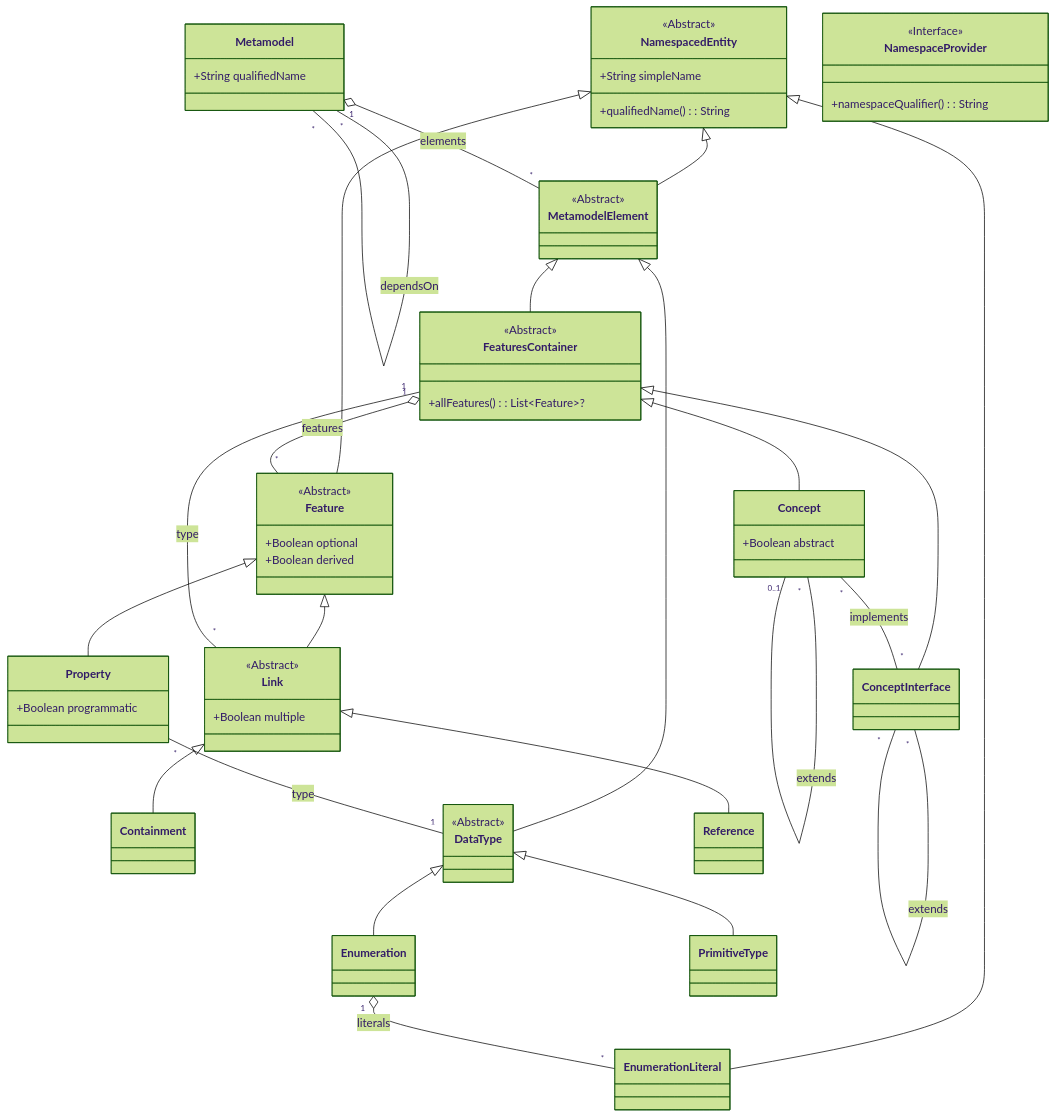
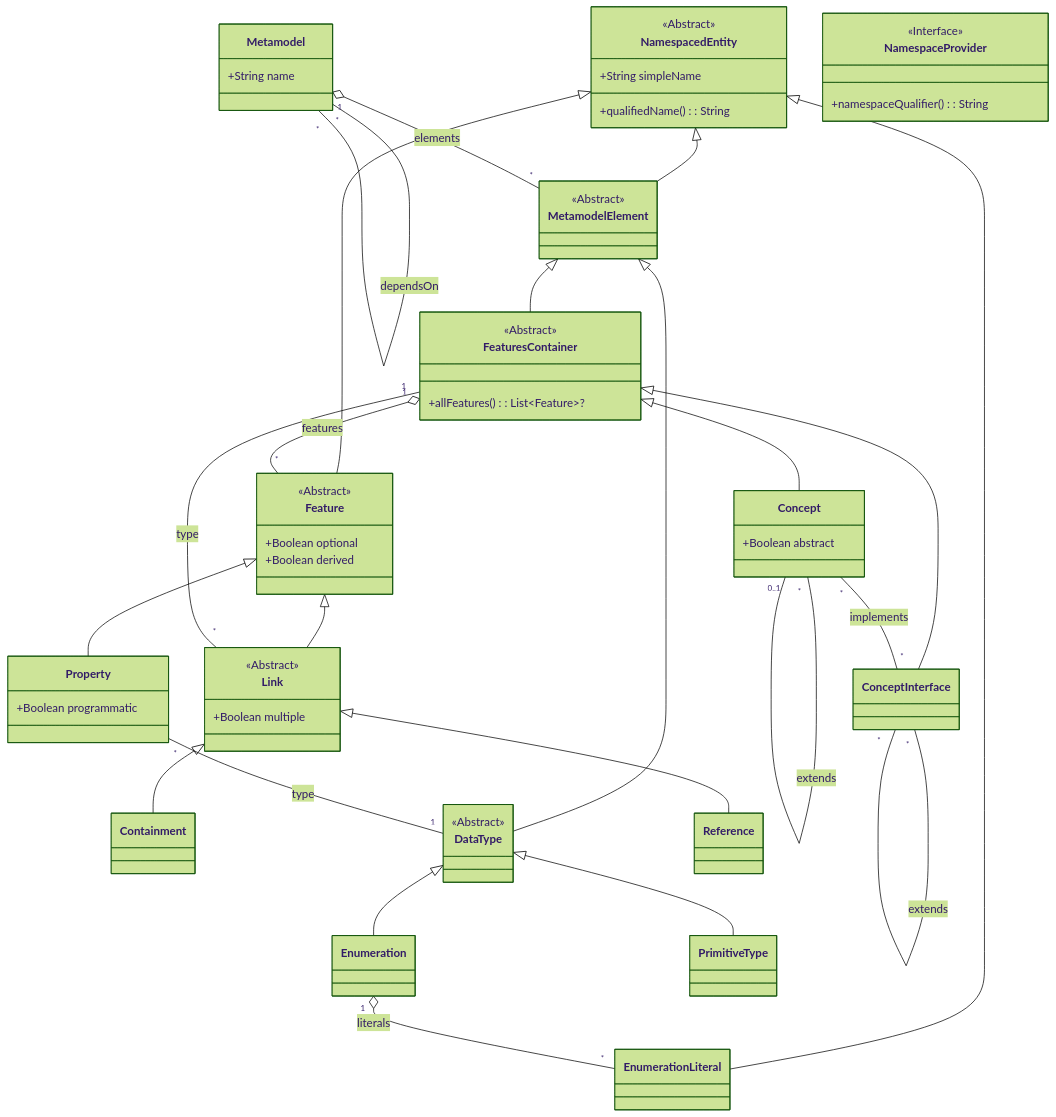
Before and after one commit to LionWeb-io/lionweb-typescript: the diagram in diagrams/metametamodel-gen.md, drawn with Mermaid (forest theme). The commit also changed 10 other files, not shown here.

Commit message:
rename LIonCore/M3.Metamodel.qualifiedName -> name

```diff
--- a/diagrams/metametamodel-gen.md
+++ b/diagrams/metametamodel-gen.md
@@ -42,7 +42,7 @@
   Feature <|-- Link
 
   class Metamodel {
-    +String qualifiedName
+    +String name
   }
 
   class MetamodelElement
```
